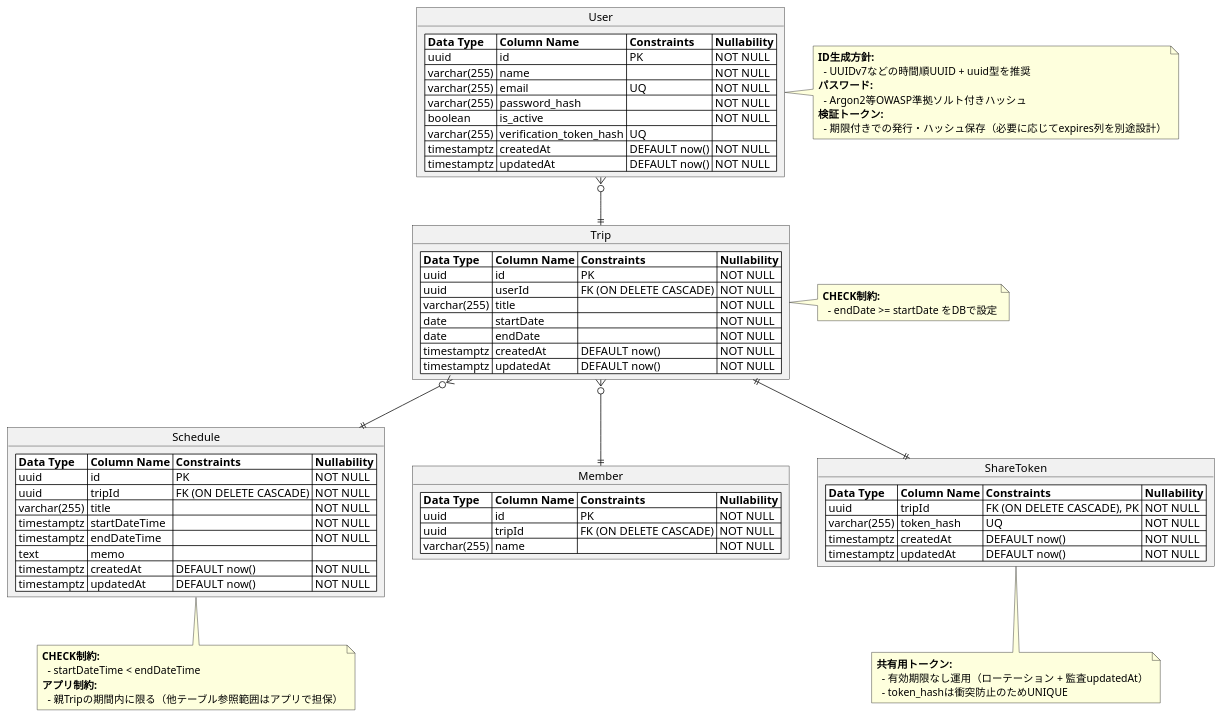
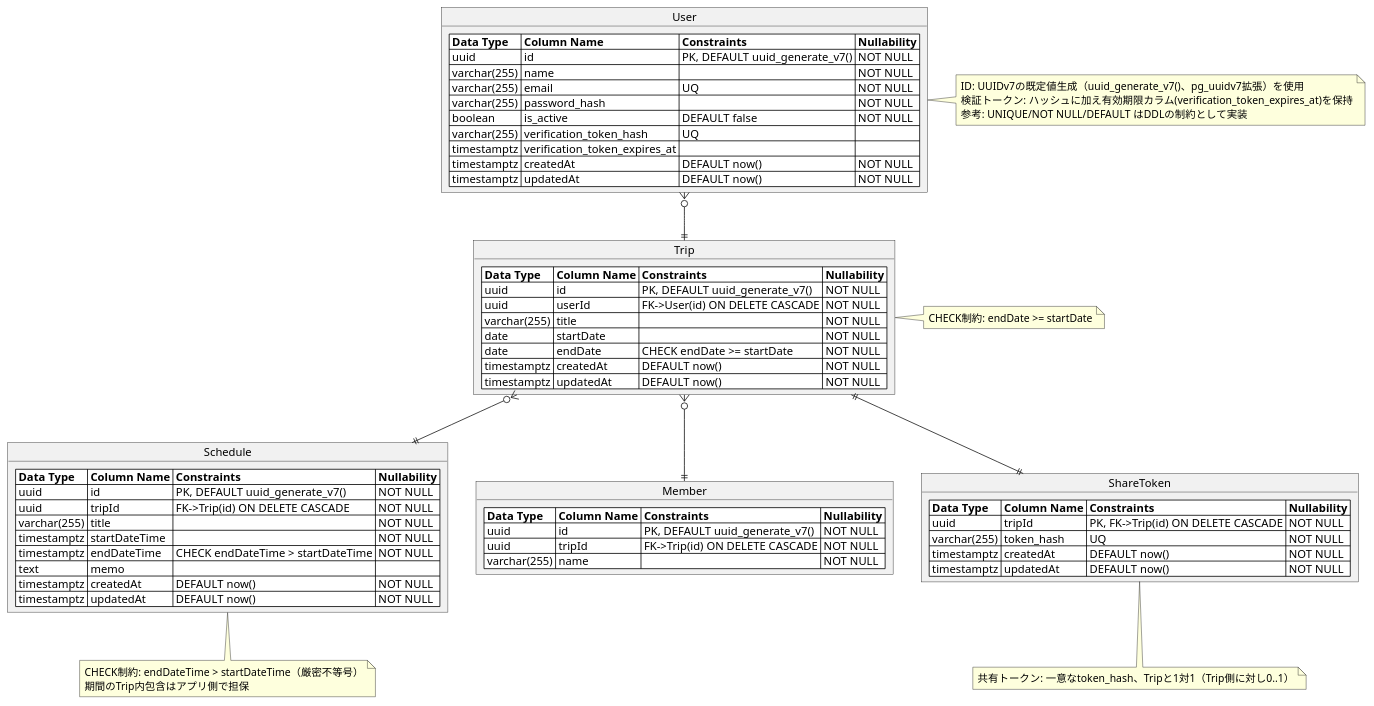
One commit to ten10ten10/trip_app changed the diagram in docs/erd/er_diagram.puml. Above: the diagram before and after it, drawn with PlantUML. The commit also changed 1 other file, not shown here.

Commit message:
ER図修正

```diff
--- a/docs/erd/er_diagram.puml
+++ b/docs/erd/er_diagram.puml
@@ -1,81 +1,77 @@
 @startuml
 
+' ========== Entities ==========
 object User {
-  <#white>| <b>Data Type</b> | <b>Column Name</b> | <b>Constraints</b> | <b>Nullability</b> |
-  <#white>| uuid | id | PK | NOT NULL |
-  <#white>| varchar(255) | name | | NOT NULL |
-  <#white>| varchar(255) | email | UQ | NOT NULL |
-  <#white>| varchar(255) | password_hash | | NOT NULL |
-  <#white>| boolean | is_active | | NOT NULL |
-  <#white>| varchar(255) | verification_token_hash | UQ | |
-  <#white>| timestamptz | createdAt | DEFAULT now() | NOT NULL |
-  <#white>| timestamptz | updatedAt | DEFAULT now() | NOT NULL |
+<#white>| <b>Data Type</b> | <b>Column Name</b> | <b>Constraints</b> | <b>Nullability</b> |
+<#white>| uuid | id | PK, DEFAULT uuid_generate_v7() | NOT NULL |
+<#white>| varchar(255) | name | | NOT NULL |
+<#white>| varchar(255) | email | UQ | NOT NULL |
+<#white>| varchar(255) | password_hash | | NOT NULL |
+<#white>| boolean | is_active | DEFAULT false | NOT NULL |
+<#white>| varchar(255) | verification_token_hash | UQ | |
+<#white>| timestamptz | verification_token_expires_at | | |
+<#white>| timestamptz | createdAt | DEFAULT now() | NOT NULL |
+<#white>| timestamptz | updatedAt | DEFAULT now() | NOT NULL |
 }
 note right of User
-  <b>ID生成方針:</b>
-    - UUIDv7などの時間順UUID + uuid型を推奨
-  <b>パスワード:</b>
-    - Argon2等OWASP準拠ソルト付きハッシュ
-  <b>検証トークン:</b>
-    - 期限付きでの発行・ハッシュ保存（必要に応じてexpires列を別途設計）
+ID: UUIDv7の既定値生成（uuid_generate_v7()、pg_uuidv7拡張）を使用
+検証トークン: ハッシュに加え有効期限カラム(verification_token_expires_at)を保持
+参考: UNIQUE/NOT NULL/DEFAULT はDDLの制約として実装
 end note
 
 object Trip {
-  <#white>| <b>Data Type</b> | <b>Column Name</b> | <b>Constraints</b> | <b>Nullability</b> |
-  <#white>| uuid | id | PK | NOT NULL |
-  <#white>| uuid | userId | FK (ON DELETE CASCADE) | NOT NULL |
-  <#white>| varchar(255) | title | | NOT NULL |
-  <#white>| date | startDate | | NOT NULL |
-  <#white>| date | endDate | | NOT NULL |
-  <#white>| timestamptz | createdAt | DEFAULT now() | NOT NULL |
-  <#white>| timestamptz | updatedAt | DEFAULT now() | NOT NULL |
+<#white>| <b>Data Type</b> | <b>Column Name</b> | <b>Constraints</b> | <b>Nullability</b> |
+<#white>| uuid | id | PK, DEFAULT uuid_generate_v7() | NOT NULL |
+<#white>| uuid | userId | FK->User(id) ON DELETE CASCADE | NOT NULL |
+<#white>| varchar(255) | title | | NOT NULL |
+<#white>| date | startDate | | NOT NULL |
+<#white>| date | endDate | CHECK endDate >= startDate | NOT NULL |
+<#white>| timestamptz | createdAt | DEFAULT now() | NOT NULL |
+<#white>| timestamptz | updatedAt | DEFAULT now() | NOT NULL |
 }
 note right of Trip
-  <b>CHECK制約:</b>
-    - endDate >= startDate をDBで設定
+CHECK制約: endDate >= startDate
 end note
 
 object Schedule {
-  <#white>| <b>Data Type</b> | <b>Column Name</b> | <b>Constraints</b> | <b>Nullability</b> |
-  <#white>| uuid | id | PK | NOT NULL |
-  <#white>| uuid | tripId | FK (ON DELETE CASCADE) | NOT NULL |
-  <#white>| varchar(255) | title | | NOT NULL |
-  <#white>| timestamptz | startDateTime | | NOT NULL |
-  <#white>| timestamptz | endDateTime | | NOT NULL |
-  <#white>| text | memo | | |
-  <#white>| timestamptz | createdAt | DEFAULT now() | NOT NULL |
-  <#white>| timestamptz | updatedAt | DEFAULT now() | NOT NULL |
+<#white>| <b>Data Type</b> | <b>Column Name</b> | <b>Constraints</b> | <b>Nullability</b> |
+<#white>| uuid | id | PK, DEFAULT uuid_generate_v7() | NOT NULL |
+<#white>| uuid | tripId | FK->Trip(id) ON DELETE CASCADE | NOT NULL |
+<#white>| varchar(255) | title | | NOT NULL |
+<#white>| timestamptz | startDateTime | | NOT NULL |
+<#white>| timestamptz | endDateTime | CHECK endDateTime > startDateTime | NOT NULL |
+<#white>| text | memo | | |
+<#white>| timestamptz | createdAt | DEFAULT now() | NOT NULL |
+<#white>| timestamptz | updatedAt | DEFAULT now() | NOT NULL |
 }
 note bottom of Schedule
-  <b>CHECK制約:</b>
-    - startDateTime < endDateTime
-  <b>アプリ制約:</b>
-    - 親Tripの期間内に限る（他テーブル参照範囲はアプリで担保）
+CHECK制約: endDateTime > startDateTime（厳密不等号）
+期間のTrip内包含はアプリ側で担保
 end note
 
 object Member {
-  <#white>| <b>Data Type</b> | <b>Column Name</b> | <b>Constraints</b> | <b>Nullability</b> |
-  <#white>| uuid | id | PK | NOT NULL |
-  <#white>| uuid | tripId | FK (ON DELETE CASCADE) | NOT NULL |
-  <#white>| varchar(255) | name | | NOT NULL |
+<#white>| <b>Data Type</b> | <b>Column Name</b> | <b>Constraints</b> | <b>Nullability</b> |
+<#white>| uuid | id | PK, DEFAULT uuid_generate_v7() | NOT NULL |
+<#white>| uuid | tripId | FK->Trip(id) ON DELETE CASCADE | NOT NULL |
+<#white>| varchar(255) | name | | NOT NULL |
 }
 
 object ShareToken {
-  <#white>| <b>Data Type</b> | <b>Column Name</b> | <b>Constraints</b> | <b>Nullability</b> |
-  <#white>| uuid | tripId | FK (ON DELETE CASCADE), PK | NOT NULL |
-  <#white>| varchar(255) | token_hash | UQ | NOT NULL |
-  <#white>| timestamptz | createdAt | DEFAULT now() | NOT NULL |
-  <#white>| timestamptz | updatedAt | DEFAULT now() | NOT NULL |
+<#white>| <b>Data Type</b> | <b>Column Name</b> | <b>Constraints</b> | <b>Nullability</b> |
+<#white>| uuid | tripId | PK, FK->Trip(id) ON DELETE CASCADE | NOT NULL |
+<#white>| varchar(255) | token_hash | UQ | NOT NULL |
+<#white>| timestamptz | createdAt | DEFAULT now() | NOT NULL |
+<#white>| timestamptz | updatedAt | DEFAULT now() | NOT NULL |
 }
 note bottom of ShareToken
-  <b>共有用トークン:</b>
-    - 有効期限なし運用（ローテーション + 監査updatedAt）
-    - token_hashは衝突防止のためUNIQUE
+共有トークン: 一意なtoken_hash、Tripと1対1（Trip側に対し0..1）
 end note
 
+' ========== Relationships (cardinality) ==========
+' Aggregation style + cardinalities per PlantUML
 User }o--|| Trip
 Trip }o--|| Schedule
 Trip }o--|| Member
 Trip ||--|| ShareToken
 
 @enduml
```
